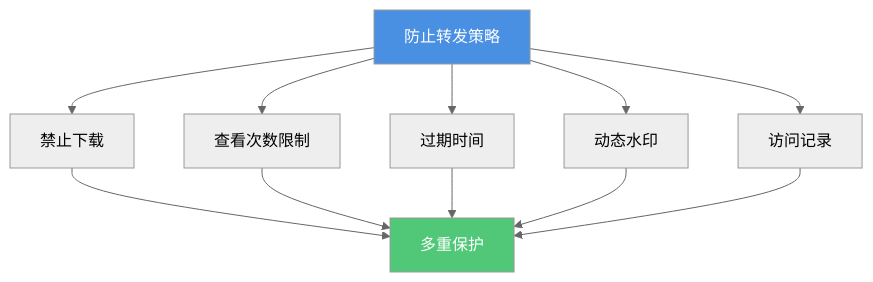
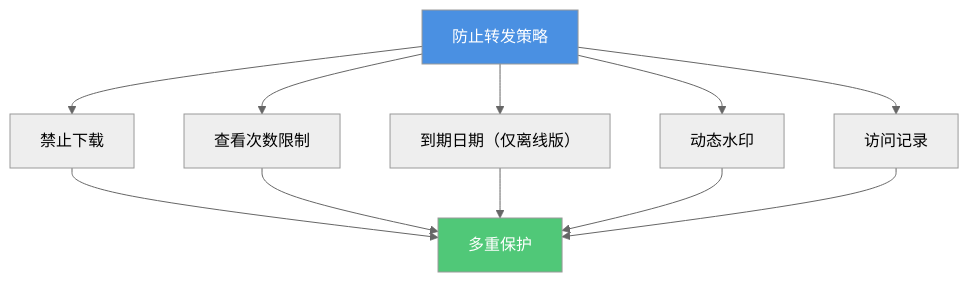
One commit to mythenigma/cloudflareAstro changed the fifth of 6 diagrams in src/content/blog/cn/pdf-prevent-forwarding-guide.md. Above: the diagram before and after it, drawn with Mermaid (neutral theme). The commit also changed other lines of this file and 127 other files, not shown here.

````diff
--- a/src/content/blog/cn/pdf-prevent-forwarding-guide.md
+++ b/src/content/blog/cn/pdf-prevent-forwarding-guide.md
@@ -238,17 +240,17 @@
 ```mermaid
 graph TD
     A[防止转发策略] --> B[禁止下载]
     A --> C[查看次数限制]
-    A --> D[过期时间]
+    A --> D[到期日期（仅离线版）]
     A --> E[动态水印]
     A --> F[访问记录]
     
     B --> G[多重保护]
     C --> G
     D --> G
     E --> G
     F --> G
     
     style A fill:#4A90E2,color:#fff
     style G fill:#50C878,color:#fff
 ```
````
